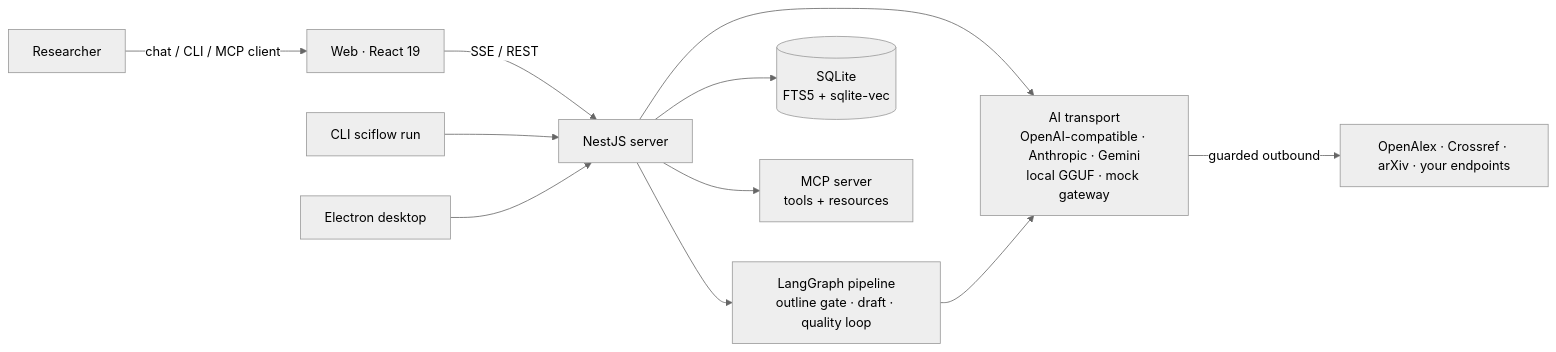
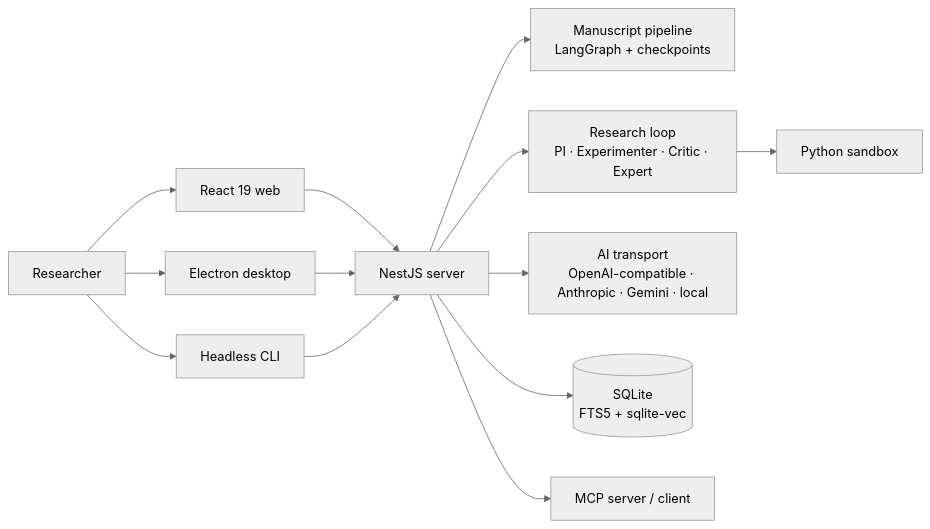
Before and after one commit to zqf20096327/dbhub_collect: the diagram in data/readmes/badhope__sciflow.md, drawn with Mermaid (neutral theme). The commit also changed other lines of this file and 703 other files, not shown here.

````diff
--- a/data/readmes/badhope__sciflow.md
+++ b/data/readmes/badhope__sciflow.md
@@ -151,13 +85,15 @@
 ```mermaid
 flowchart LR
-  U[Researcher] -->|chat / CLI / MCP client| W[Web · React 19]
-  W -->|SSE / REST| S[NestJS server]
-  C[CLI sciflow run] --> S
-  D[Electron desktop] --> S
-  S --> G[LangGraph pipeline<br/>outline gate · draft · quality loop]
-  S --> AI[AI transport<br/>OpenAI-compatible · Anthropic · Gemini<br/>local GGUF · mock gateway]
-  S --> R[(SQLite<br/>FTS5 + sqlite-vec)]
-  S --> M[MCP server<br/>tools + resources]
-  G --> AI
-  AI -->|guarded outbound| X[OpenAlex · Crossref · arXiv · your endpoints]
+  U[Researcher] --> W[React 19 web]
+  U --> D[Electron desktop]
+  U --> C[Headless CLI]
+  W --> S[NestJS server]
+  D --> S
+  C --> S
+  S --> P[Manuscript pipeline<br/>LangGraph + checkpoints]
+  S --> R[Research loop<br/>PI · Experimenter · Critic · Expert]
+  S --> AI[AI transport<br/>OpenAI-compatible · Anthropic · Gemini · local]
+  S --> DB[(SQLite<br/>FTS5 + sqlite-vec)]
+  S --> M[MCP server / client]
+  R --> E[Python sandbox]
 ```
````
